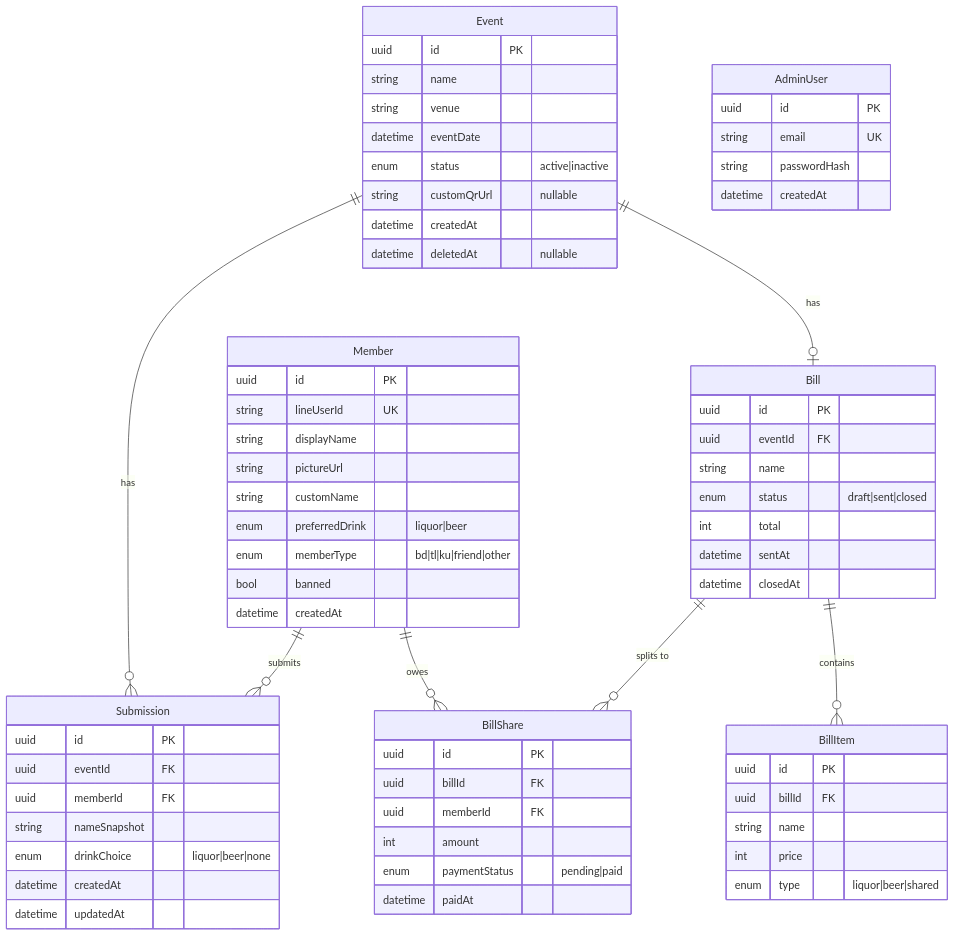
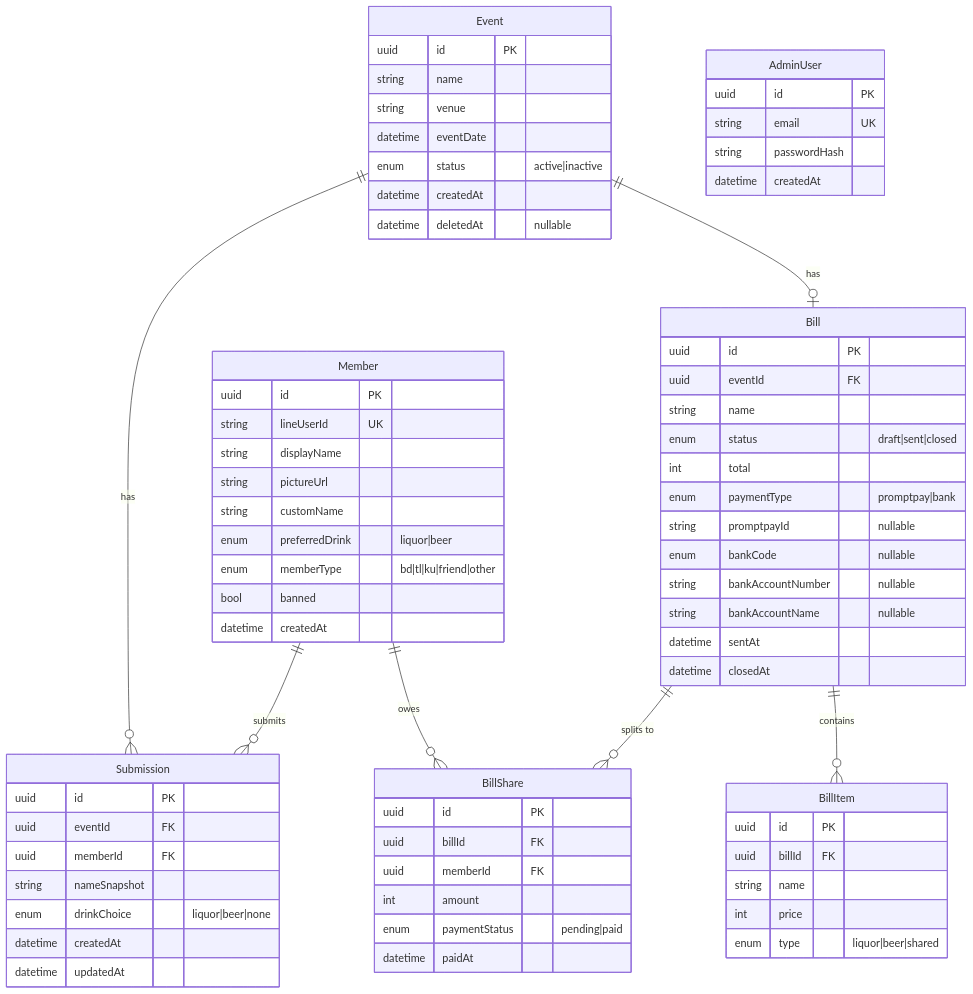
One commit to chankarn/MaoLeaw changed the diagram in docs/PRD.md. Above: the diagram before and after it, drawn with Mermaid. The commit also changed other lines of this file and 20 other files, not shown here.

First line of the commit message:
feat: per-bill payment channel (PromptPay or bank transfer)

````diff
--- a/docs/PRD.md
+++ b/docs/PRD.md
@@ -342,77 +354,81 @@
 ```mermaid
 erDiagram
   Member ||--o{ Submission : submits
   Event  ||--o{ Submission : has
   Event  ||--o| Bill       : has
   Bill   ||--o{ BillItem   : contains
   Bill   ||--o{ BillShare  : "splits to"
   Member ||--o{ BillShare  : owes
   AdminUser
 
   Member {
     uuid id PK
     string lineUserId UK
     string displayName
     string pictureUrl
     string customName
     enum preferredDrink "liquor|beer"
     enum memberType    "bd|tl|ku|friend|other"
     bool   banned
     datetime createdAt
   }
 
   Event {
     uuid id PK
     string name
     string venue
     datetime eventDate
     enum status "active|inactive"
-    string customQrUrl "nullable"
     datetime createdAt
     datetime deletedAt "nullable"
   }
 
   Submission {
     uuid id PK
     uuid eventId FK
     uuid memberId FK
     string nameSnapshot
     enum   drinkChoice "liquor|beer|none"
     datetime createdAt
     datetime updatedAt
   }
 
   Bill {
     uuid id PK
     uuid eventId FK
     string name
     enum status "draft|sent|closed"
     int   total
+    enum paymentType "promptpay|bank"
+    string promptpayId "nullable"
+    enum bankCode "nullable"
+    string bankAccountNumber "nullable"
+    string bankAccountName "nullable"
     datetime sentAt
     datetime closedAt
   }
 
   BillItem {
     uuid id PK
     uuid billId FK
     string name
     int price
     enum type "liquor|beer|shared"
   }
 
   BillShare {
     uuid id PK
     uuid billId FK
     uuid memberId FK
     int  amount
     enum paymentStatus "pending|paid"
     datetime paidAt
   }
 
   AdminUser {
     uuid id PK
     string email UK
     string passwordHash
     datetime createdAt
   }
 ```
````
